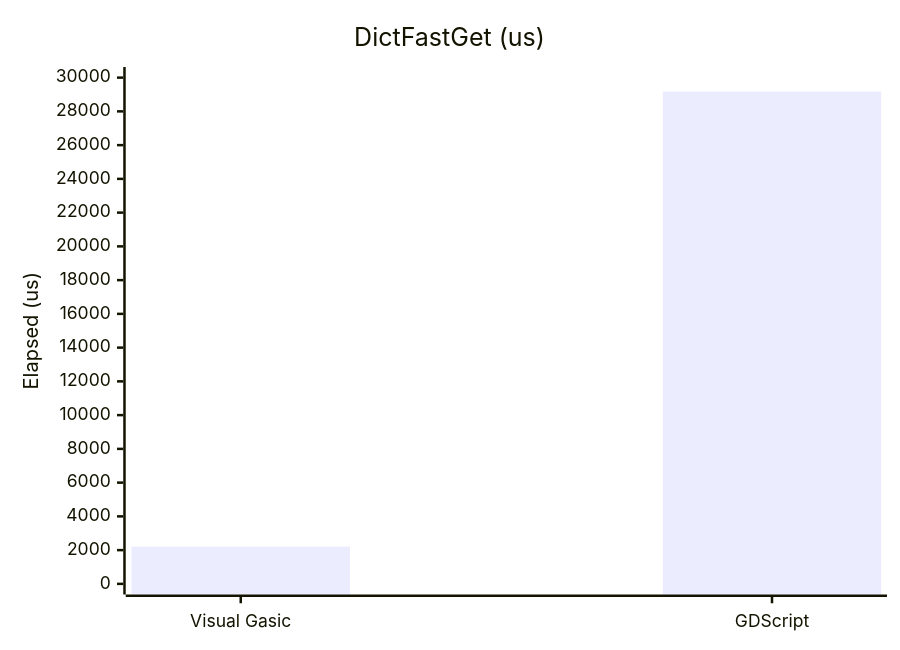
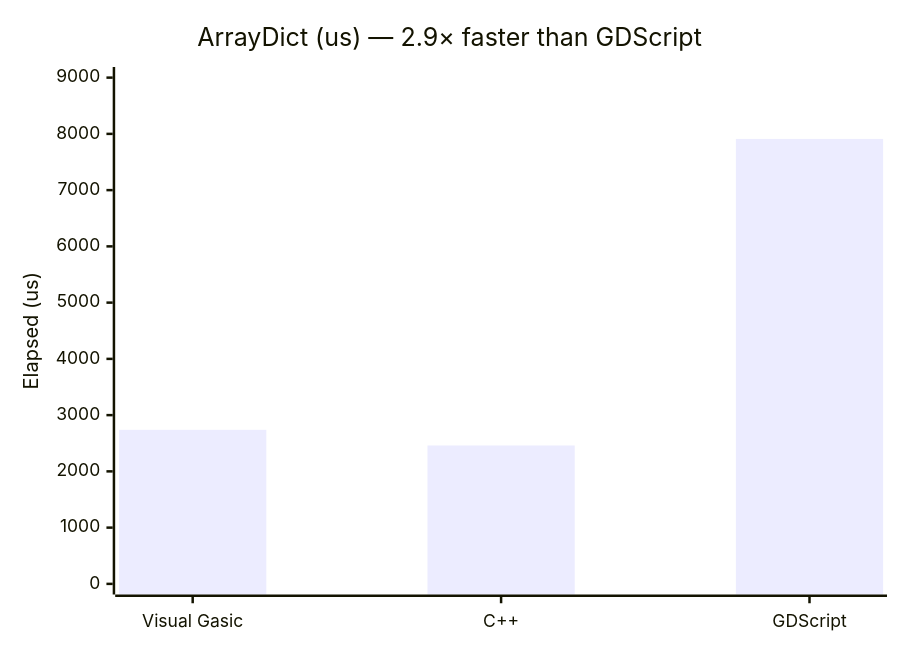
One commit to xgreenrx-star/VisualGasic changed the seventh of 11 diagrams in docs/manual/performance.md. Above: the diagram before and after it, drawn with Mermaid. The commit also changed other lines of this file and 50 other files, not shown here.

````diff
--- a/docs/manual/performance.md
+++ b/docs/manual/performance.md
@@ -139,7 +189,7 @@
 ```mermaid
 xychart-beta
-    title "DictFastGet (us)"
-    x-axis ["Visual Gasic","GDScript"]
-    y-axis "Elapsed (us)" 0 --> 30000
-    bar [2210,29177]
+    title "ArrayDict (us) — 2.9× faster than GDScript"
+    x-axis ["Visual Gasic","C++","GDScript"]
+    y-axis "Elapsed (us)" 0 --> 9000
+    bar [2739,2460,7910]
 ```
````
